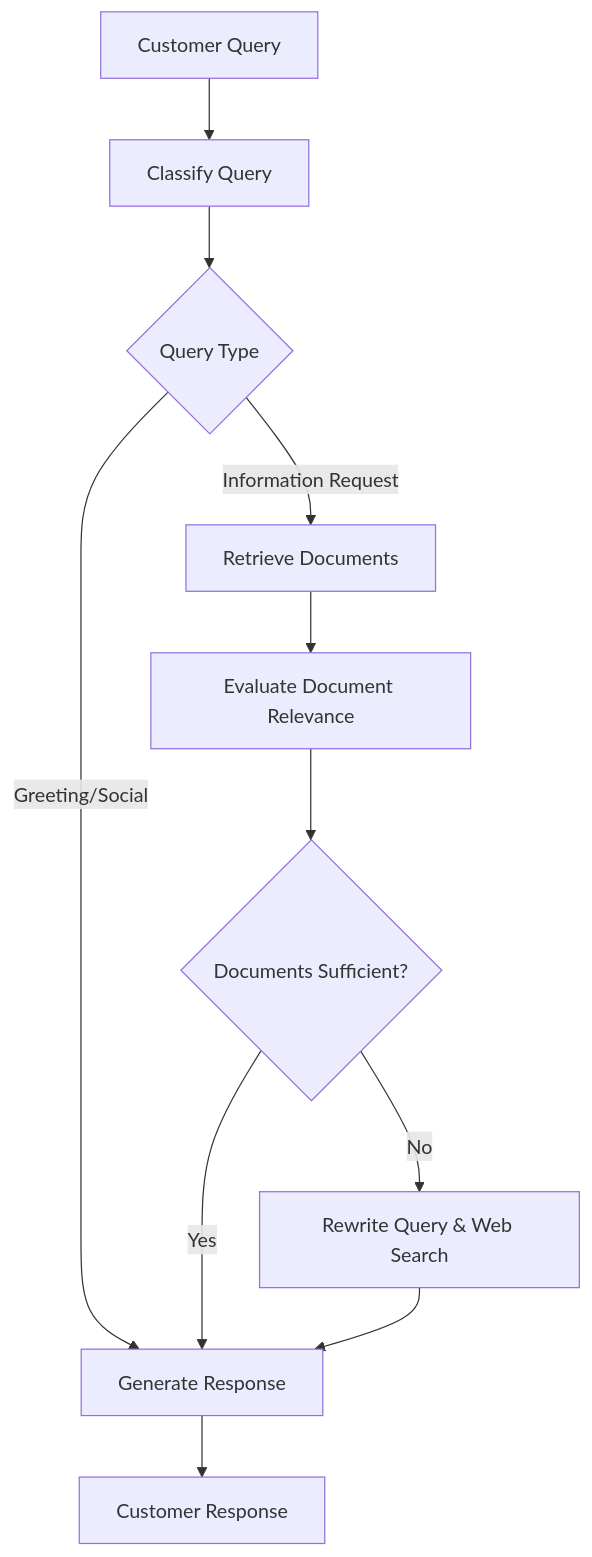
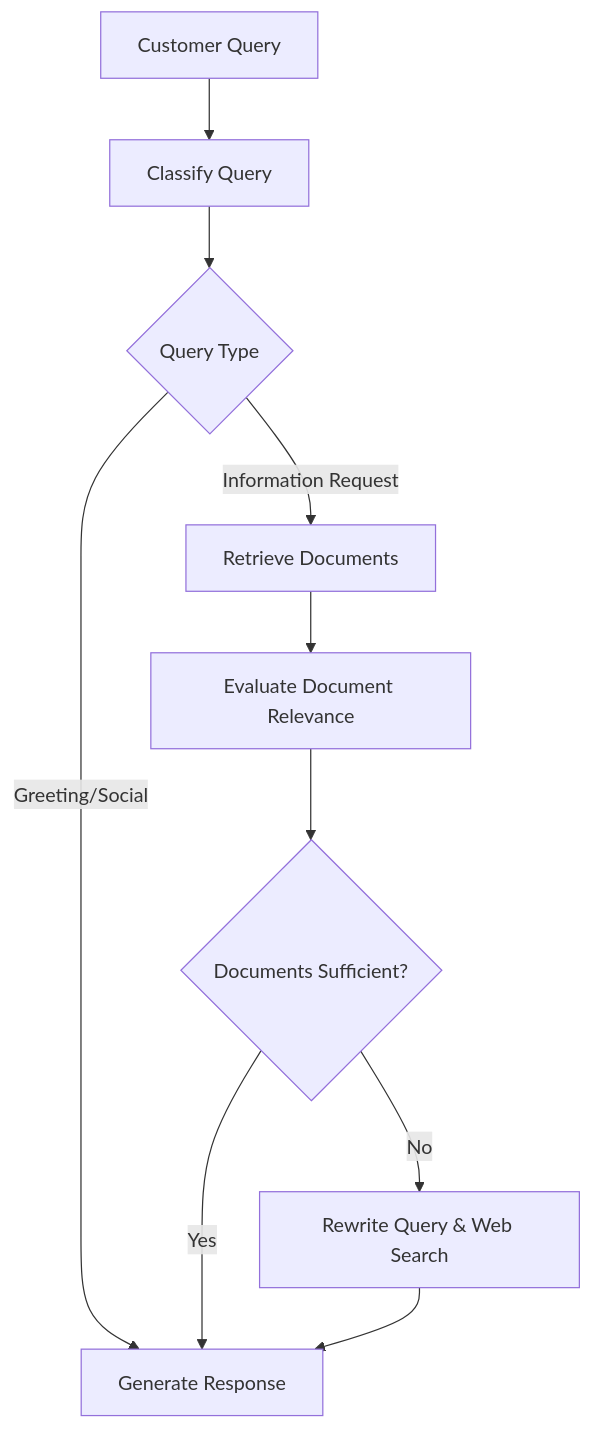
The second of 2 diagrams in README.md (sunraymoonbeam/carroGPT), drawn with Mermaid before and after one commit. The commit also changed other lines of this file, not shown here.

````diff
--- a/README.md
+++ b/README.md
@@ -447,13 +429,12 @@
 ```mermaid
 graph TD
     A[Customer Query] --> B[Classify Query]
     B --> C{Query Type}
     C -->|Greeting/Social| H[Generate Response]
     C -->|Information Request| D[Retrieve Documents]
     D --> E[Evaluate Document Relevance]
     E --> F{Documents Sufficient?}
     F -->|Yes| H
     F -->|No| G[Rewrite Query & Web Search]
     G --> H
-    H --> I[Customer Response]
 ```
````
